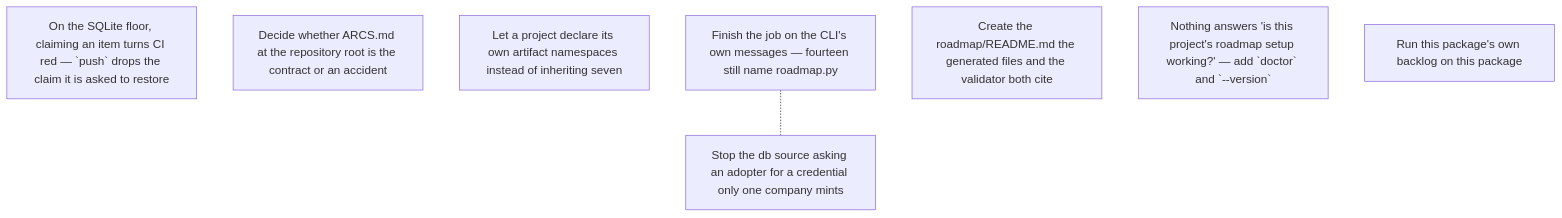
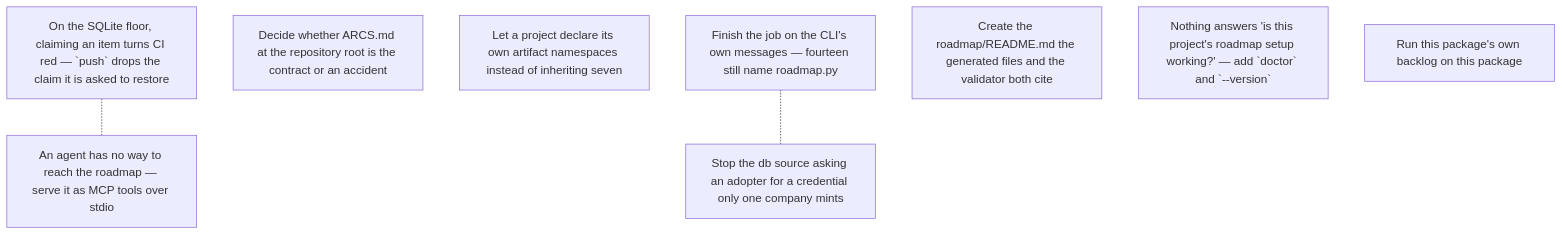
One commit to gald33/roadmap-core changed the diagram in roadmap/ROADMAP.md. Above: the diagram before and after it, drawn with Mermaid. The commit also changed other lines of this file and 6 other files, not shown here.

First line of the commit message:
Serve the roadmap to agents over stdio (0.3.0) (#11)

````diff
--- a/roadmap/ROADMAP.md
+++ b/roadmap/ROADMAP.md
@@ -37,12 +37,14 @@
 ```mermaid
 graph TD
   a_claim_cannot_survive_the_floors_ci["On the SQLite floor, claiming an item turns CI red — `push` drops the claim it is asked to restore"]
+  an_agent_cannot_reach_the_roadmap["An agent has no way to reach the roadmap — serve it as MCP tools over stdio"]
   arcs_md_path_is_not_configurable["Decide whether ARCS.md at the repository root is the contract or an accident"]
   artifact_namespaces_are_one_projects["Let a project declare its own artifact namespaces instead of inheriting seven"]
   cli_messages_name_a_script_that_does_not_exist["Finish the job on the CLI's own messages — fourteen still name roadmap.py"]
   credential_error_names_one_repos_secret["Stop the db source asking an adopter for a credential only one company mints"]
   generated_file_points_at_an_uncreated_readme["Create the roadmap/README.md the generated files and the validator both cite"]
   nothing_tells_an_adopter_their_setup_is_broken["Nothing answers 'is this project's roadmap setup working?' — add `doctor` and `--version`"]
   roadmap_core_runs_its_own_roadmap["Run this package's own backlog on this package"]
+  a_claim_cannot_survive_the_floors_ci -.- an_agent_cannot_reach_the_roadmap
   cli_messages_name_a_script_that_does_not_exist -.- credential_error_names_one_repos_secret
 ```
````
